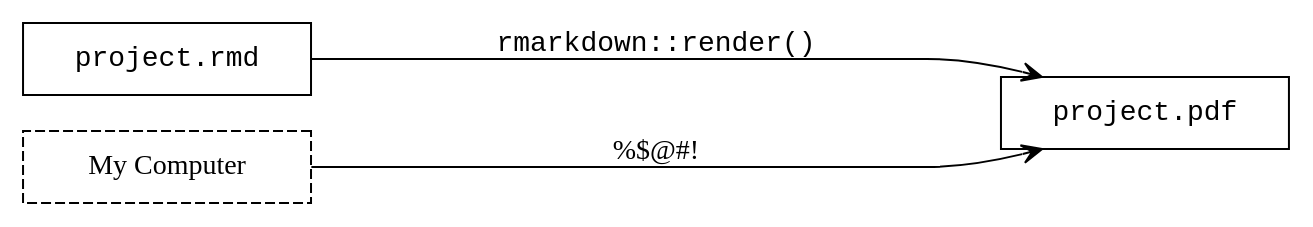
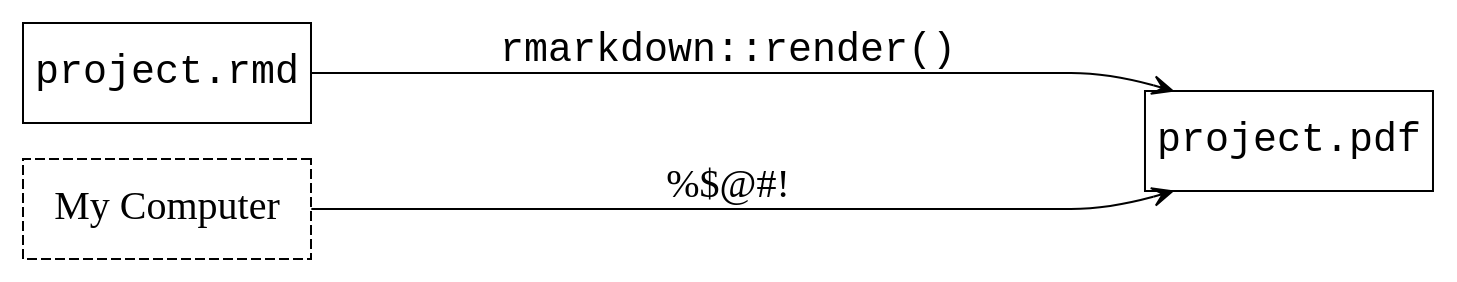
The diagram in assets/cicd-wo.gv (maxheld83/ghactions), drawn with Graphviz before and after one commit. The commit also changed 1 other file, not shown here.

Commit message:
fix fontsize

```diff
--- a/assets/cicd-wo.gv
+++ b/assets/cicd-wo.gv
@@ -1,50 +1,53 @@
 digraph cicd {
 
 graph [
   layout = dot
   rankdir = LR
 ]
 
 node  [
   shape = rectangle
   color = black
   fixedsize = true
+  height = 0.7
   width = 2.0
   style = solid
+  fontsize=20
 ]
 
 node  [
   fontname = "Courier"
   label = "project.rmd"
 ]
 source
 
 node [
   fontname = "Fira Sans"
   label = "My Computer"
   style = dashed
 ]
 computer
 
 node [
   fontname = "Courier",
   label = "project.pdf"
   style = solid
 ]
 binary
 
 edge [
   arrowhead = "vee"
   color = black,
   fontname = "Courier"
   minlen = 5
+  fontsize=20
 ]
 source -> {binary} [
   label = "rmarkdown::render()"
   width = 1
 ]
 computer -> {binary} [
   label = "%$@#!"
   fontname = "Fira Sans"
 ]
 }
```
